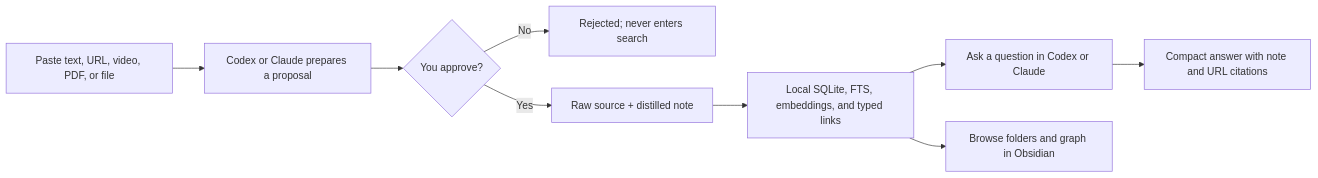
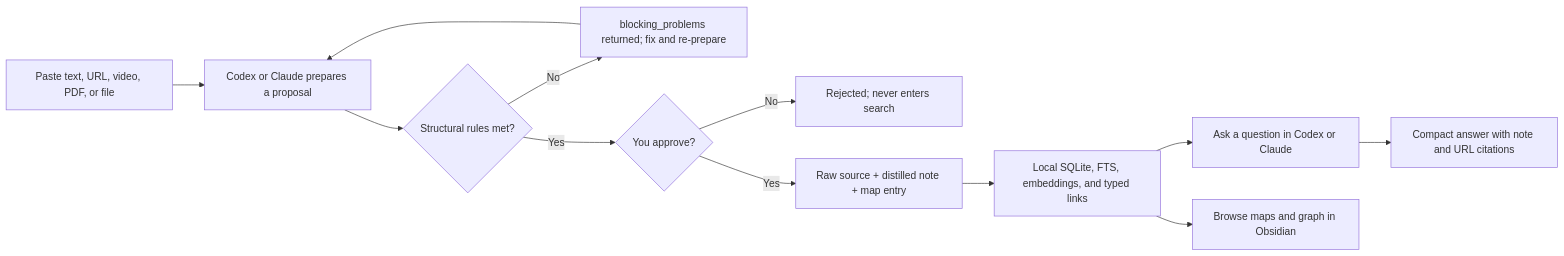
One commit to 0xSenzel/second-brain-runtime changed the diagram in docs/ARCHITECTURE.md. Above: the diagram before and after it, drawn with Mermaid. The commit also changed other lines of this file, not shown here.

First line of the commit message:
docs: bring the architecture doc up to date

````diff
--- a/docs/ARCHITECTURE.md
+++ b/docs/ARCHITECTURE.md
@@ -5,11 +5,14 @@
 ```mermaid
 flowchart LR
     A["Paste text, URL, video, PDF, or file"] --> B["Codex or Claude prepares a proposal"]
-    B --> C{"You approve?"}
+    B --> V{"Structural rules met?"}
+    V -->|No| B2["blocking_problems returned; fix and re-prepare"]
+    B2 --> B
+    V -->|Yes| C{"You approve?"}
     C -->|No| D["Rejected; never enters search"]
-    C -->|Yes| E["Raw source + distilled note"]
+    C -->|Yes| E["Raw source + distilled note + map entry"]
     E --> F["Local SQLite, FTS, embeddings, and typed links"]
     F --> G["Ask a question in Codex or Claude"]
-    F --> H["Browse folders and graph in Obsidian"]
+    F --> H["Browse maps and graph in Obsidian"]
     G --> I["Compact answer with note and URL citations"]
 ```
````
